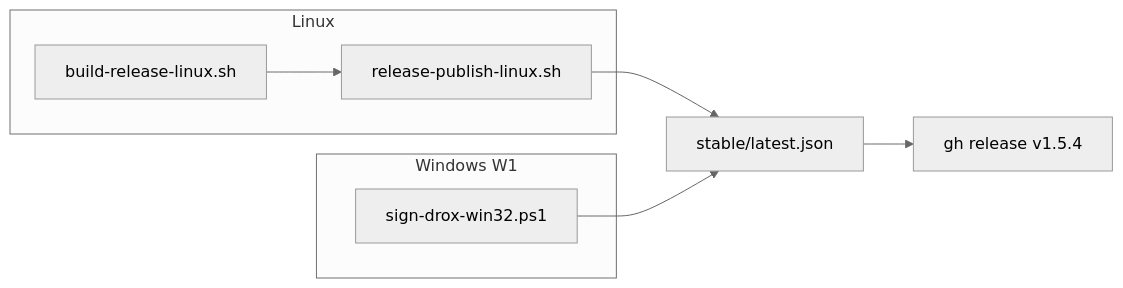
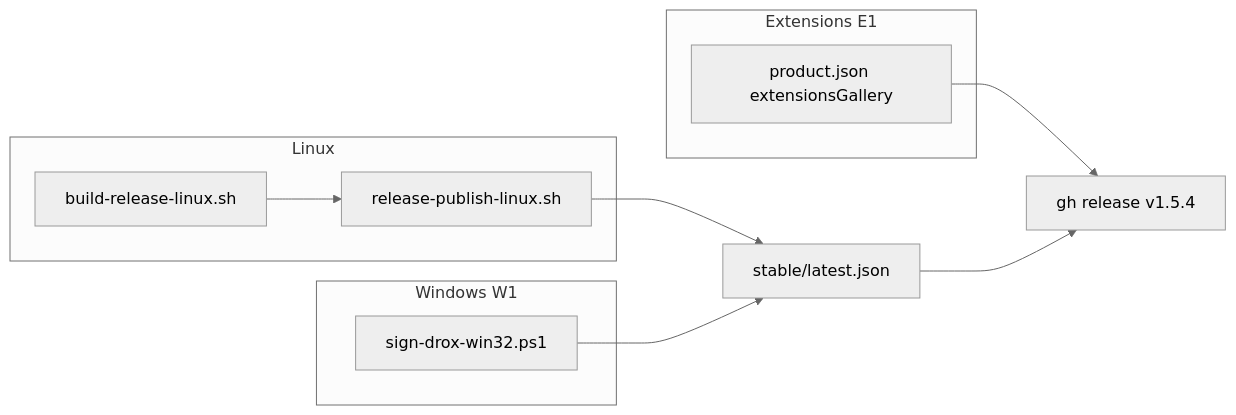
One commit to DroxKiwi/Drox---IDE changed the diagram in drox-engine/docs/1.5/1.5.4/PLAN-1.5.4.md. Above: the diagram before and after it, drawn with Mermaid (neutral theme). The commit also changed other lines of this file and 56 other files, not shown here.

````diff
--- a/drox-engine/docs/1.5/1.5.4/PLAN-1.5.4.md
+++ b/drox-engine/docs/1.5/1.5.4/PLAN-1.5.4.md
@@ -80,15 +128,19 @@
 ```mermaid
 flowchart LR
   subgraph LIN["Linux"]
     B["build-release-linux.sh"]
     P["release-publish-linux.sh"]
   end
   subgraph WIN["Windows W1"]
     S["sign-drox-win32.ps1"]
   end
+  subgraph EXT["Extensions E1"]
+    X["product.json extensionsGallery"]
+  end
   M["stable/latest.json"]
   R["gh release v1.5.4"]
   B --> P --> M
   S --> M
+  X --> R
   M --> R
 ```
````
